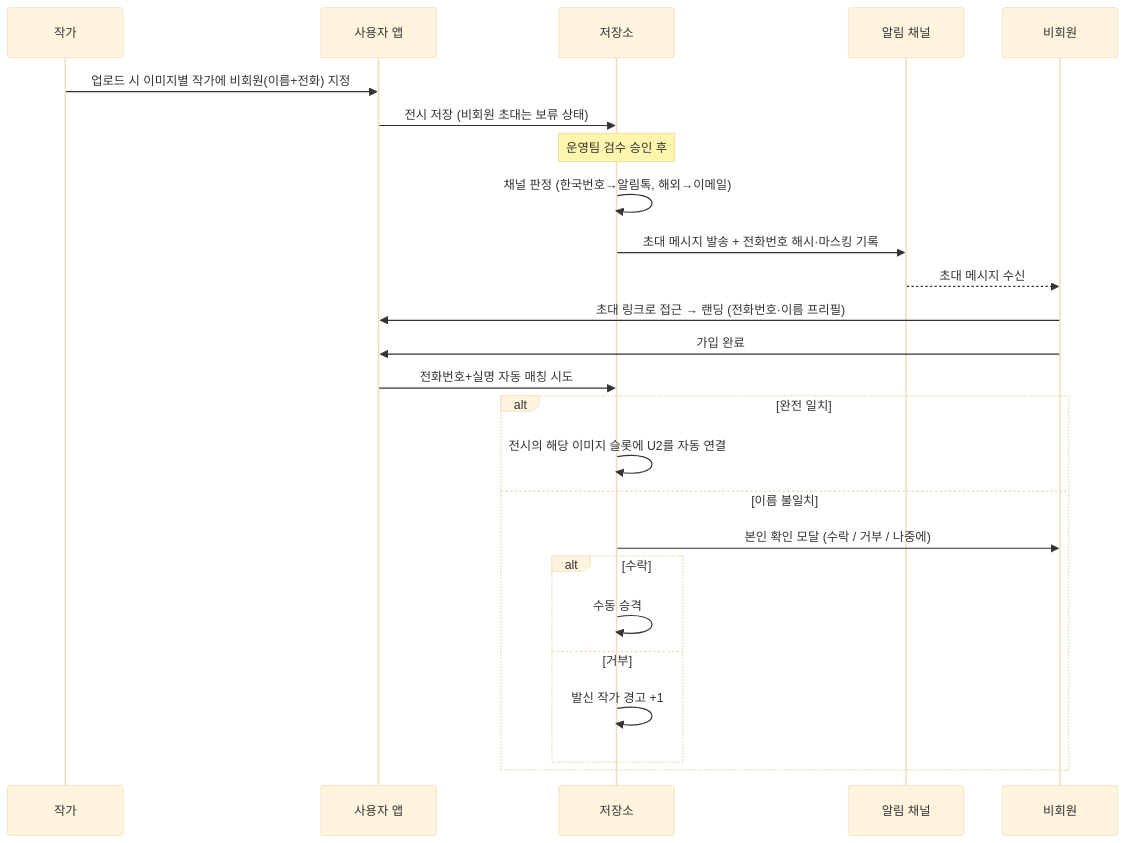
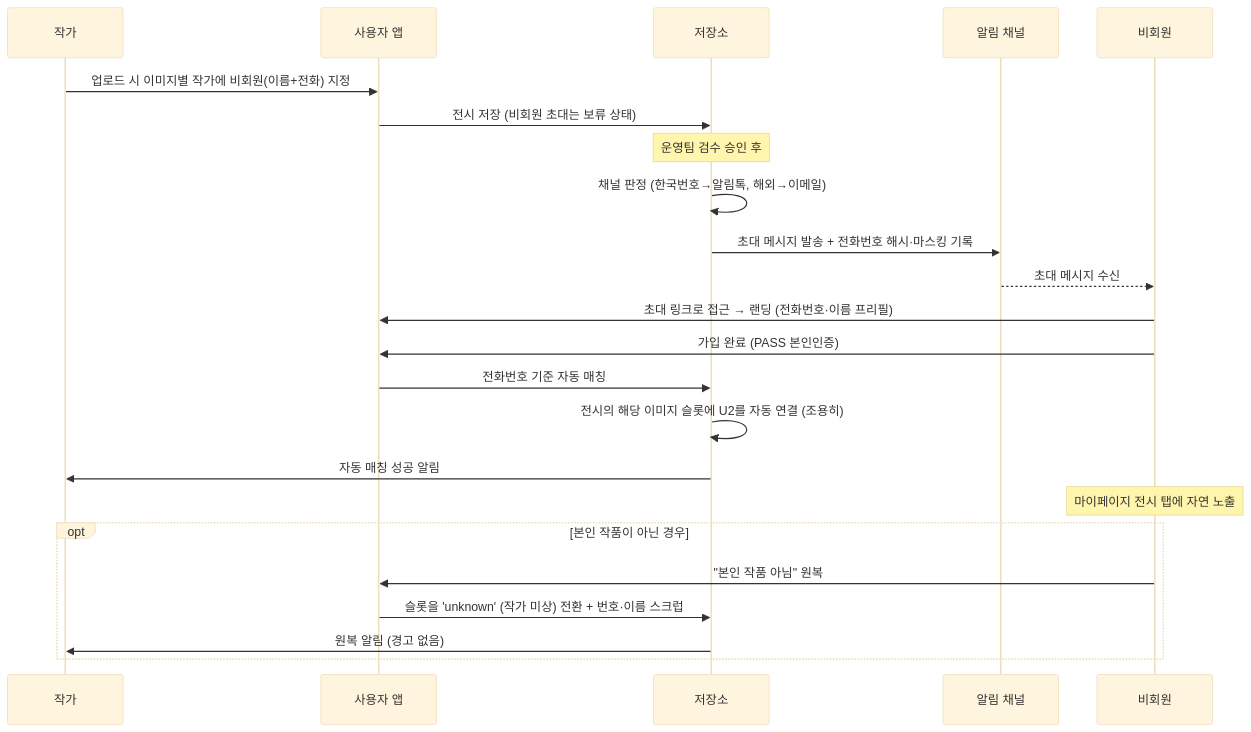
One commit to aaadhd/supergallery_phase1 changed the ninth of 15 diagrams in _planning/SystemArchitecture_v1.md. Above: the diagram before and after it, drawn with Mermaid (base theme). The commit also changed other lines of this file and 23 other files, not shown here.

````diff
--- a/_planning/SystemArchitecture_v1.md
+++ b/_planning/SystemArchitecture_v1.md
@@ -695,28 +695,26 @@
 ```mermaid
 sequenceDiagram
     participant U1 as 작가
     participant APP as 사용자 앱
     participant DB as 저장소
     participant EXT as 알림 채널
     participant U2 as 비회원
 
     U1->>APP: 업로드 시 이미지별 작가에 비회원(이름+전화) 지정
     APP->>DB: 전시 저장 (비회원 초대는 보류 상태)
     Note over DB: 운영팀 검수 승인 후
     DB->>DB: 채널 판정 (한국번호→알림톡, 해외→이메일)
     DB->>EXT: 초대 메시지 발송 + 전화번호 해시·마스킹 기록
     EXT-->>U2: 초대 메시지 수신
     U2->>APP: 초대 링크로 접근 → 랜딩 (전화번호·이름 프리필)
-    U2->>APP: 가입 완료
-    APP->>DB: 전화번호+실명 자동 매칭 시도
-    alt 완전 일치
-        DB->>DB: 전시의 해당 이미지 슬롯에 U2를 자동 연결
-    else 이름 불일치
-        DB->>U2: 본인 확인 모달 (수락 / 거부 / 나중에)
-        alt 수락
-            DB->>DB: 수동 승격
-        else 거부
-            DB->>DB: 발신 작가 경고 +1
-        end
+    U2->>APP: 가입 완료 (PASS 본인인증)
+    APP->>DB: 전화번호 기준 자동 매칭
+    DB->>DB: 전시의 해당 이미지 슬롯에 U2를 자동 연결 (조용히)
+    DB->>U1: 자동 매칭 성공 알림
+    Note over U2: 마이페이지 전시 탭에 자연 노출
+    opt 본인 작품이 아닌 경우
+        U2->>APP: "본인 작품 아님" 원복
+        APP->>DB: 슬롯을 'unknown' (작가 미상) 전환 + 번호·이름 스크럽
+        DB->>U1: 원복 알림 (경고 없음)
     end
 ```
````
